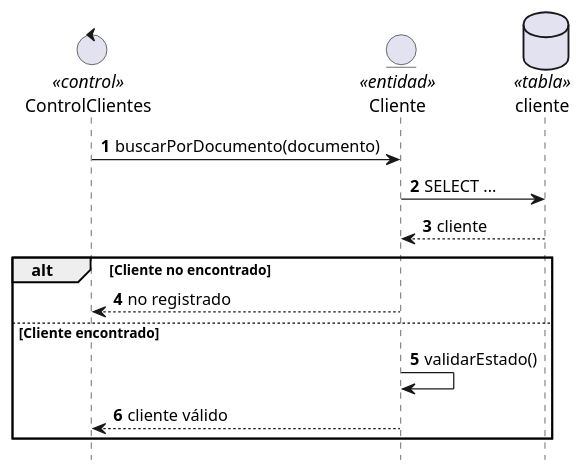
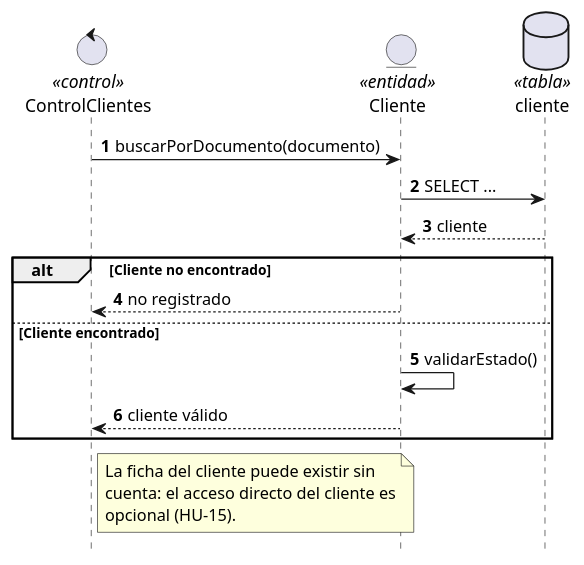
Before and after one commit to fervflow/sis-inf3-proyecto-formativo: the diagram in diagramas/fuentes/uml/secuencia-comunes/comun-cliente.puml, drawn with PlantUML. The commit also changed 32 other files, not shown here.

Commit message:
refactor: diagramas de secuencia, HU orientado a turistas agregado

```diff
--- a/diagramas/fuentes/uml/secuencia-comunes/comun-cliente.puml
+++ b/diagramas/fuentes/uml/secuencia-comunes/comun-cliente.puml
@@ -1,21 +1,27 @@
 @startuml
 ' Común · Buscar y validar cliente
 hide footbox
 autonumber
 skinparam maxMessageSize 150
 
 control "ControlClientes" as CTRL <<control>>
 entity "Cliente" as E_CLIENTE <<entidad>>
 database "cliente" as T_CLIENTE <<tabla>>
 
 CTRL -> E_CLIENTE : buscarPorDocumento(documento)
 E_CLIENTE -> T_CLIENTE : SELECT ...
 T_CLIENTE --> E_CLIENTE : cliente
 
 alt Cliente no encontrado
     E_CLIENTE --> CTRL : no registrado
 else Cliente encontrado
     E_CLIENTE -> E_CLIENTE : validarEstado()
     E_CLIENTE --> CTRL : cliente válido
 end
+
+note right of CTRL
+    La ficha del cliente puede existir sin
+    cuenta: el acceso directo del cliente es
+    opcional (HU-15).
+end note
 @enduml
```
